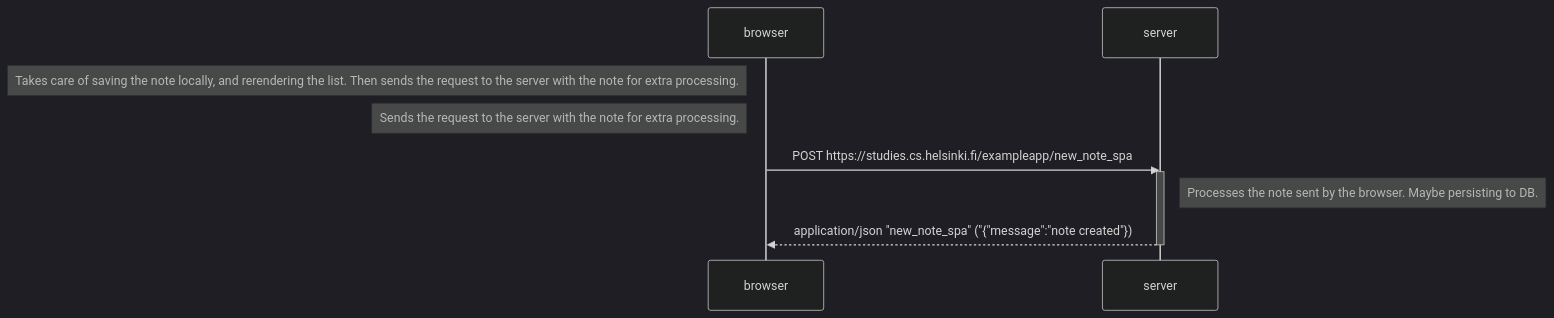
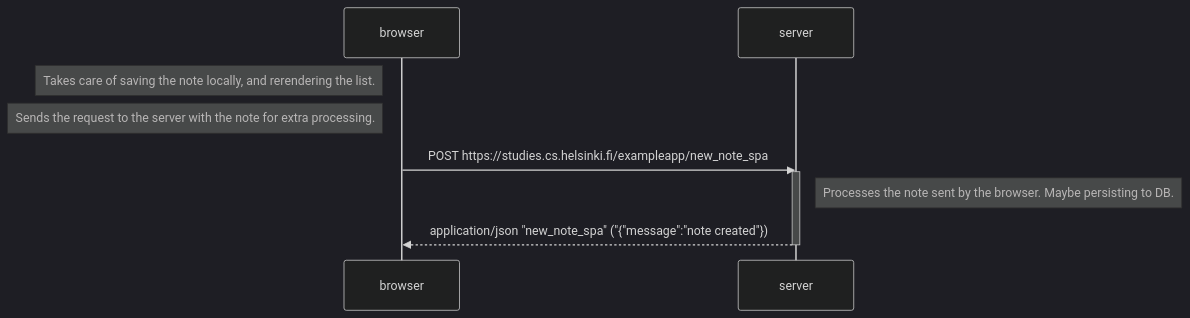
The diagram in Part0/Ex0.6.md (ignaciofrancesco/fullstack-open), drawn with Mermaid (dark theme) before and after one commit.

````diff
--- a/Part0/Ex0.6.md
+++ b/Part0/Ex0.6.md
@@ -1,13 +1,13 @@
 ```mermaid
     sequenceDiagram
         participant browser
         participant server
 
-        Note left of browser: Takes care of saving the note locally, and rerendering the list. Then sends the request to the server with the note for extra processing.
+        Note left of browser: Takes care of saving the note locally, and rerendering the list.
         Note left of browser: Sends the request to the server with the note for extra processing.
         browser->>server: POST https://studies.cs.helsinki.fi/exampleapp/new_note_spa
         activate server
         Note right of server: Processes the note sent by the browser. Maybe persisting to DB.
         server-->>browser: application/json "new_note_spa" ("{"message":"note created"})
         deactivate server
 ```
````
